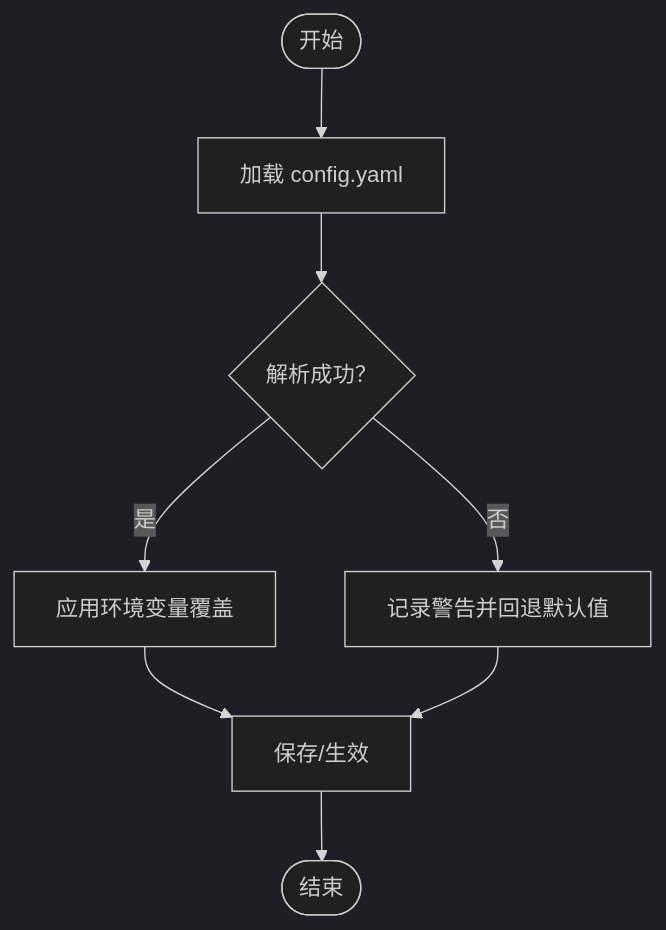
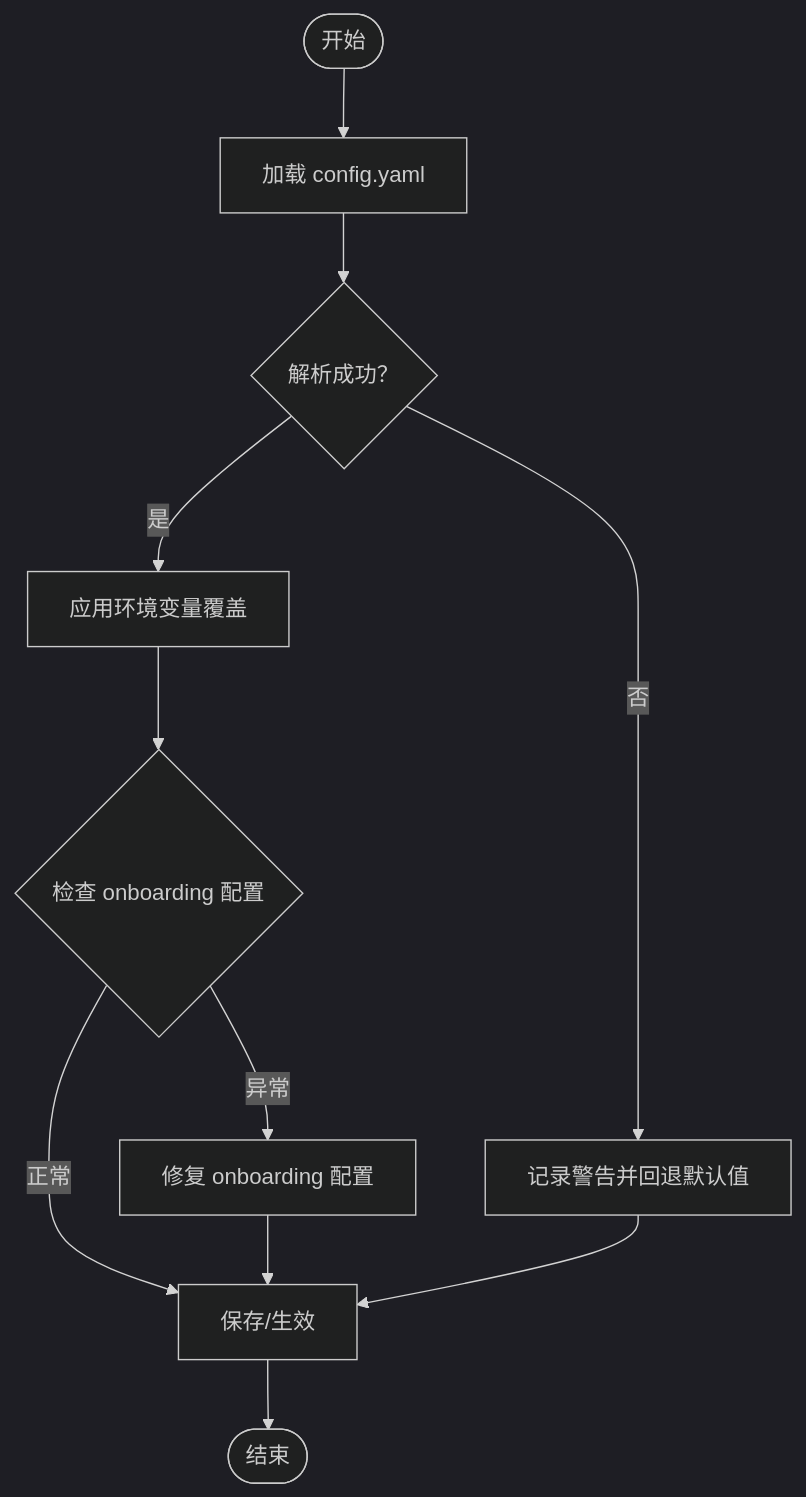
The fifth of 5 diagrams in .qoder/repowiki/zh/content/命令行界面/配置管理.md (haolange/hermes-agent), drawn with Mermaid (dark theme) before and after one commit. The commit also changed other lines of this file and 5 other files, not shown here.

````diff
--- a/.qoder/repowiki/zh/content/命令行界面/配置管理.md
+++ b/.qoder/repowiki/zh/content/命令行界面/配置管理.md
@@ -300,10 +393,13 @@
 ```mermaid
 flowchart TD
 Start(["开始"]) --> LoadCfg["加载 config.yaml"]
 LoadCfg --> ParseOK{"解析成功？"}
 ParseOK --> |是| ApplyEnv["应用环境变量覆盖"]
 ParseOK --> |否| Warn["记录警告并回退默认值"]
-ApplyEnv --> Save["保存/生效"]
+ApplyEnv --> CheckOnboarding{"检查 onboarding 配置"}
+CheckOnboarding --> |正常| Save["保存/生效"]
+CheckOnboarding --> |异常| FixOnboarding["修复 onboarding 配置"]
+FixOnboarding --> Save
 Warn --> Save
 Save --> End(["结束"])
 ```
````
